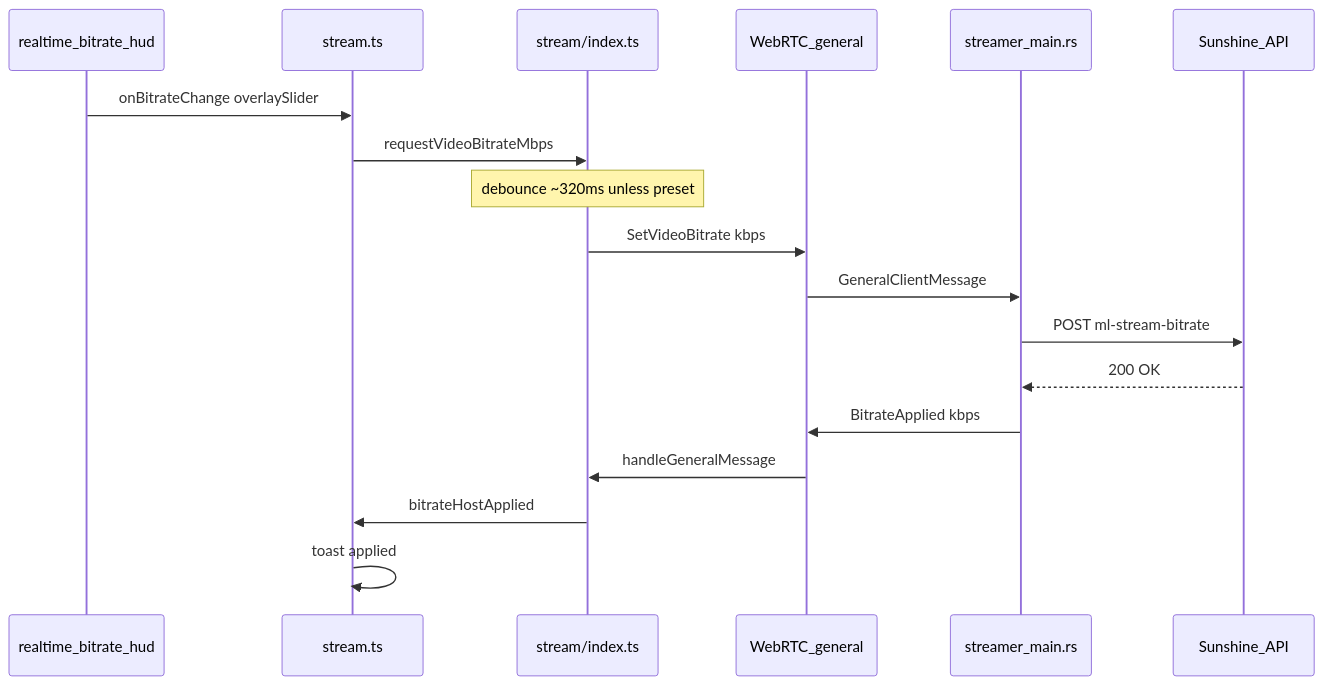
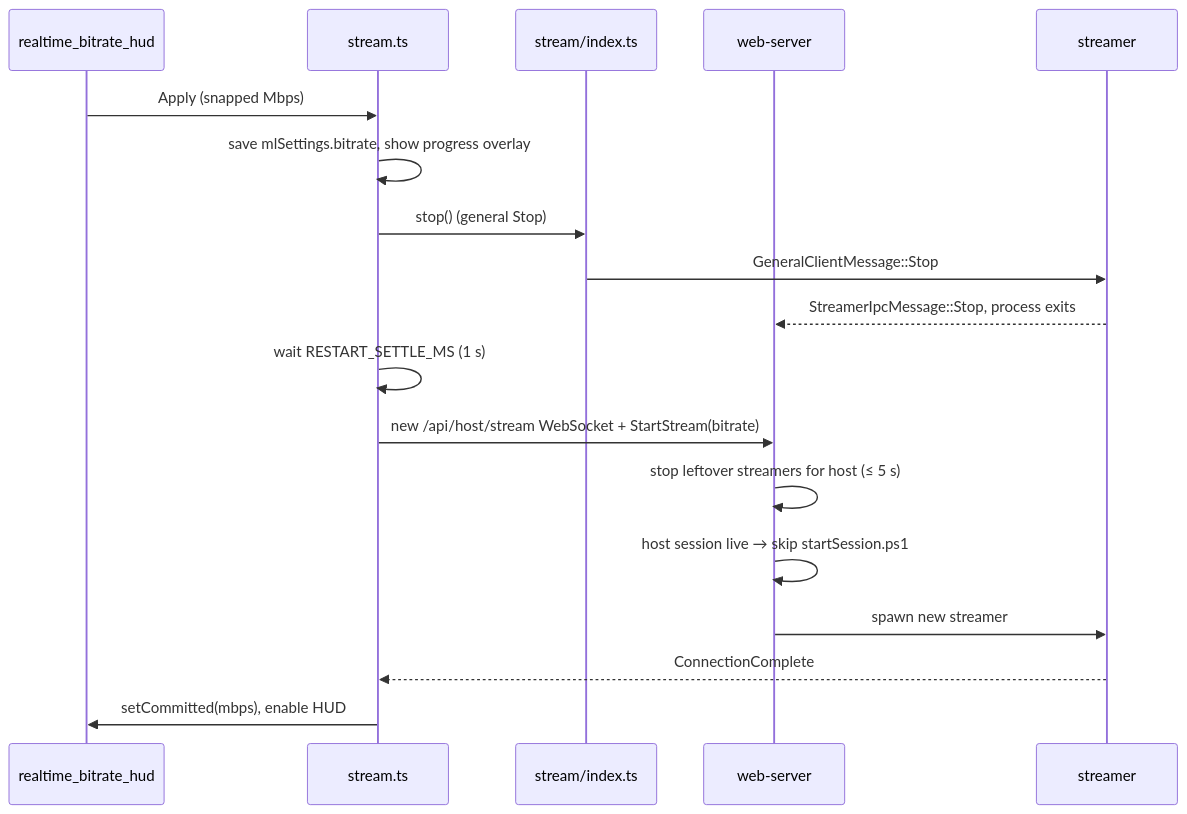
The diagram in docs/realtime-bitrate-hud.md (bluefml1/nextGPU-moonlight), drawn with Mermaid before and after one commit. The commit also changed other lines of this file and 14 other files, not shown here.

````diff
--- a/docs/realtime-bitrate-hud.md
+++ b/docs/realtime-bitrate-hud.md
@@ -28,21 +26,21 @@
 ```mermaid
 sequenceDiagram
     participant HUD as realtime_bitrate_hud
     participant App as stream.ts
     participant S as stream/index.ts
-    participant Gen as WebRTC_general
-    participant R as streamer_main.rs
-    participant SH as Sunshine_API
+    participant WS as web-server
+    participant R as streamer
 
-    HUD->>App: onBitrateChange overlaySlider
-    App->>S: requestVideoBitrateMbps
-    Note over S: debounce ~320ms unless preset
-    S->>Gen: SetVideoBitrate kbps
-    Gen->>R: GeneralClientMessage
-    R->>SH: POST ml-stream-bitrate
-  SH-->>R: 200 OK
-    R->>Gen: BitrateApplied kbps
-    Gen->>S: handleGeneralMessage
-    S->>App: bitrateHostApplied
-    App->>App: toast applied
+    HUD->>App: Apply (snapped Mbps)
+    App->>App: save mlSettings.bitrate, show progress overlay
+    App->>S: stop() (general Stop)
+    S->>R: GeneralClientMessage::Stop
+    R-->>WS: StreamerIpcMessage::Stop, process exits
+    App->>App: wait RESTART_SETTLE_MS (1 s)
+    App->>WS: new /api/host/stream WebSocket + StartStream(bitrate)
+    WS->>WS: stop leftover streamers for host (≤ 5 s)
+    WS->>WS: host session live → skip startSession.ps1
+    WS->>R: spawn new streamer
+    R-->>App: ConnectionComplete
+    App->>HUD: setCommitted(mbps), enable HUD
 ```
````
